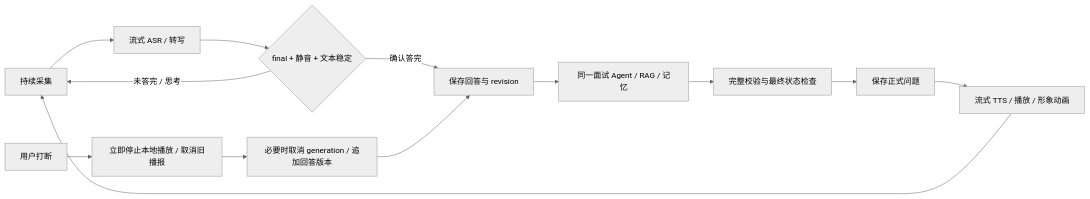
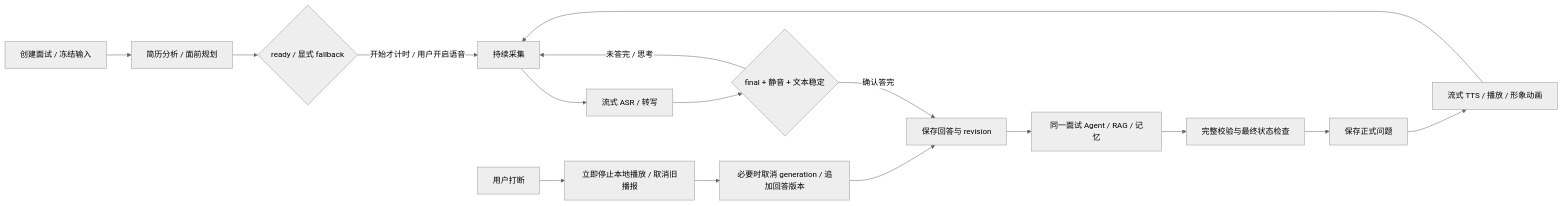
The third of 3 diagrams in docs/software/architecture.md (hcxlwxlwj/InterviewLab), drawn with Mermaid (neutral theme) before and after one commit. The commit also changed other lines of this file and 189 other files, not shown here.

````diff
--- a/docs/software/architecture.md
+++ b/docs/software/architecture.md
@@ -318,15 +335,18 @@
 ```mermaid
 flowchart LR
-    MIC[持续采集] --> ASR[流式 ASR / 转写]
+    CREATE[创建面试 / 冻结输入] --> PREP[简历分析 / 面前规划]
+    PREP --> READY{ready / 显式 fallback}
+    READY -->|开始才计时 / 用户开启语音| MIC[持续采集]
+    MIC --> ASR[流式 ASR / 转写]
     ASR --> ENDPOINT{final + 静音 + 文本稳定}
     ENDPOINT -->|未答完 / 思考| MIC
     ENDPOINT -->|确认答完| SAVE[保存回答与 revision]
     SAVE --> AG[同一面试 Agent / RAG / 记忆]
     AG --> CHECK[完整校验与最终状态检查]
     CHECK --> COMMIT[保存正式问题]
     COMMIT --> TTS[流式 TTS / 播放 / 形象动画]
     TTS --> MIC
     INT[用户打断] --> STOP[立即停止本地播放 / 取消旧播报]
     STOP --> ADD[必要时取消 generation / 追加回答版本]
     ADD --> SAVE
 ```
````
